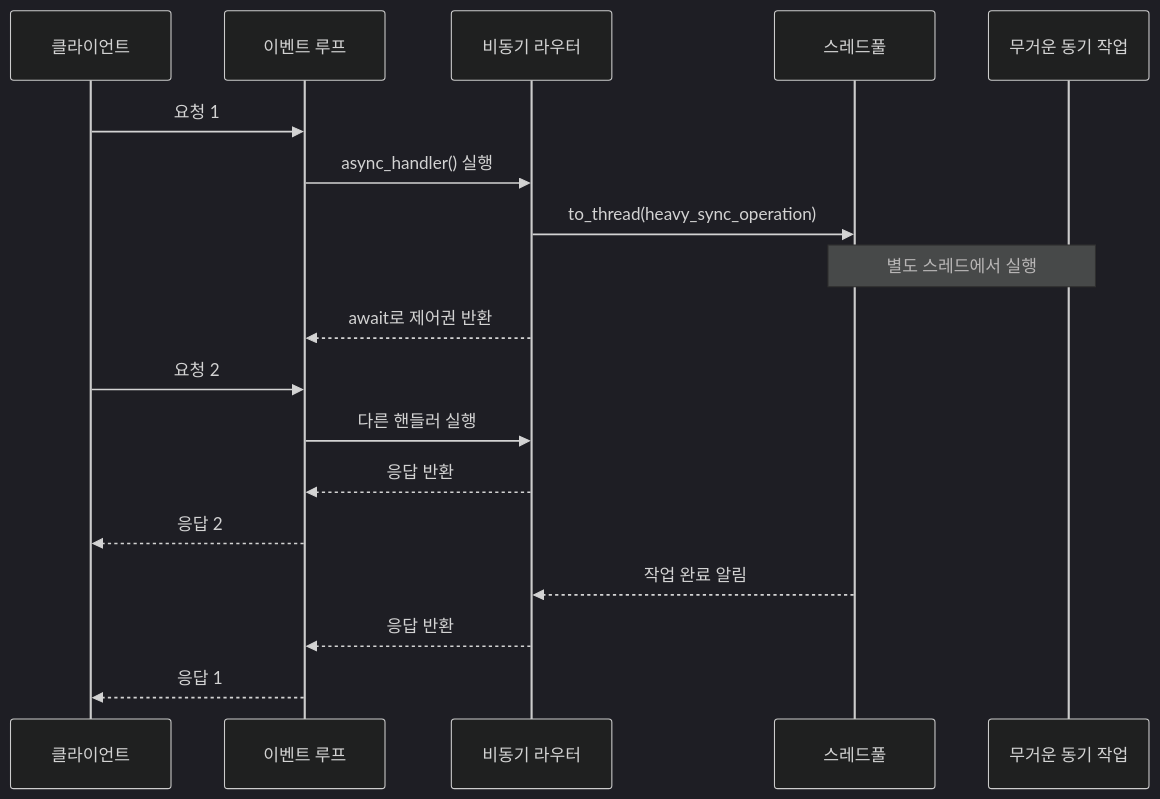
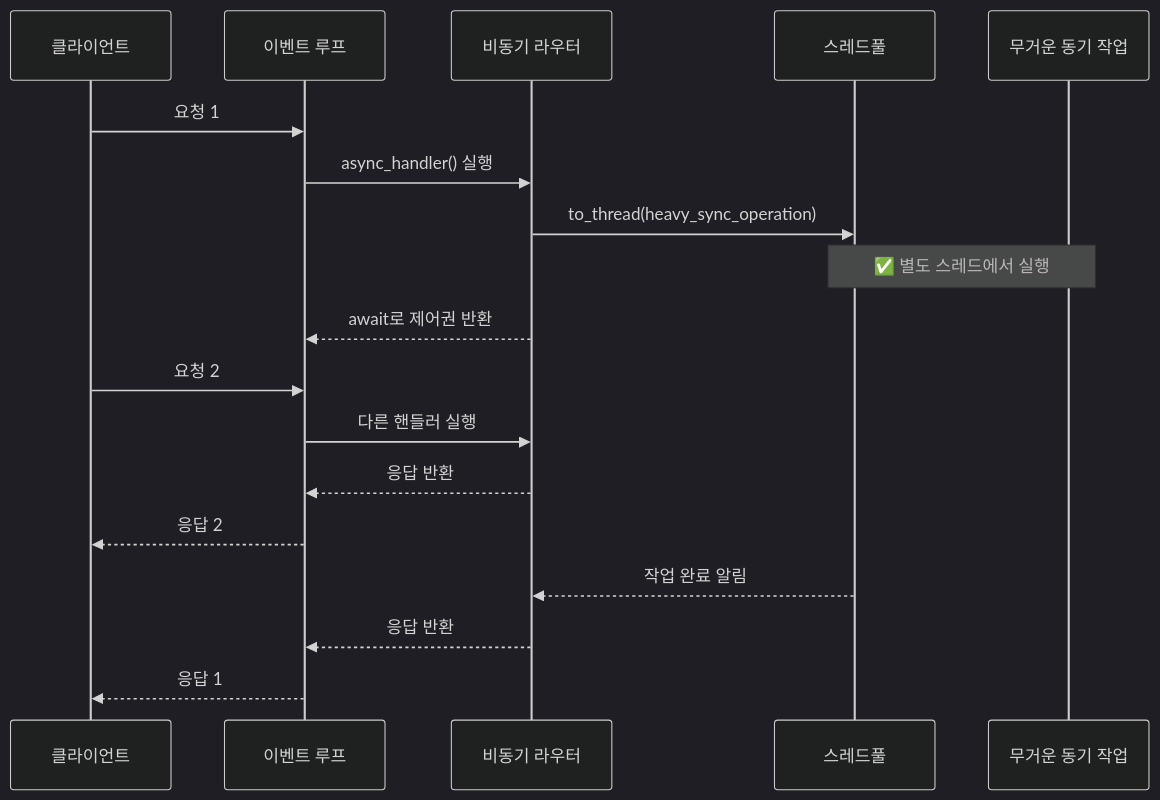
Before and after one commit to pai-bh/eventloop_debug: the third of 3 diagrams in README.md, drawn with Mermaid (dark theme). The commit also changed other lines of this file and 2 other files, not shown here.

````diff
--- a/README.md
+++ b/README.md
@@ -209,24 +375,24 @@
 ```mermaid
 sequenceDiagram
     participant Client as 클라이언트
     participant EL as 이벤트 루프
     participant AR as 비동기 라우터
     participant TP as 스레드풀
     participant HSync as 무거운 동기 작업
     
     Client->>EL: 요청 1
     EL->>AR: async_handler() 실행
     AR->>TP: to_thread(heavy_sync_operation)
-    Note over TP,HSync: 별도 스레드에서 실행
+    Note over TP,HSync: ✅ 별도 스레드에서 실행
     
     AR-->>EL: await로 제어권 반환
     
     Client->>EL: 요청 2
     EL->>AR: 다른 핸들러 실행
     AR-->>EL: 응답 반환
     EL-->>Client: 응답 2
     
     TP-->>AR: 작업 완료 알림
     AR-->>EL: 응답 반환
     EL-->>Client: 응답 1
 ```
````
